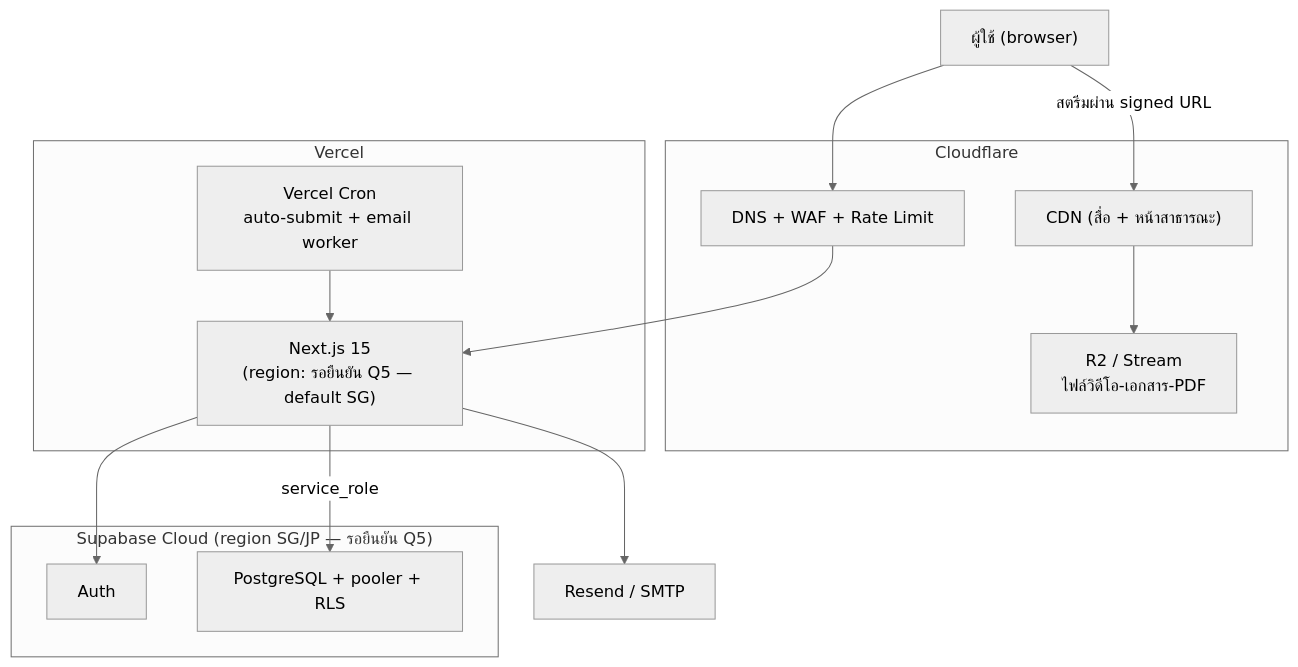
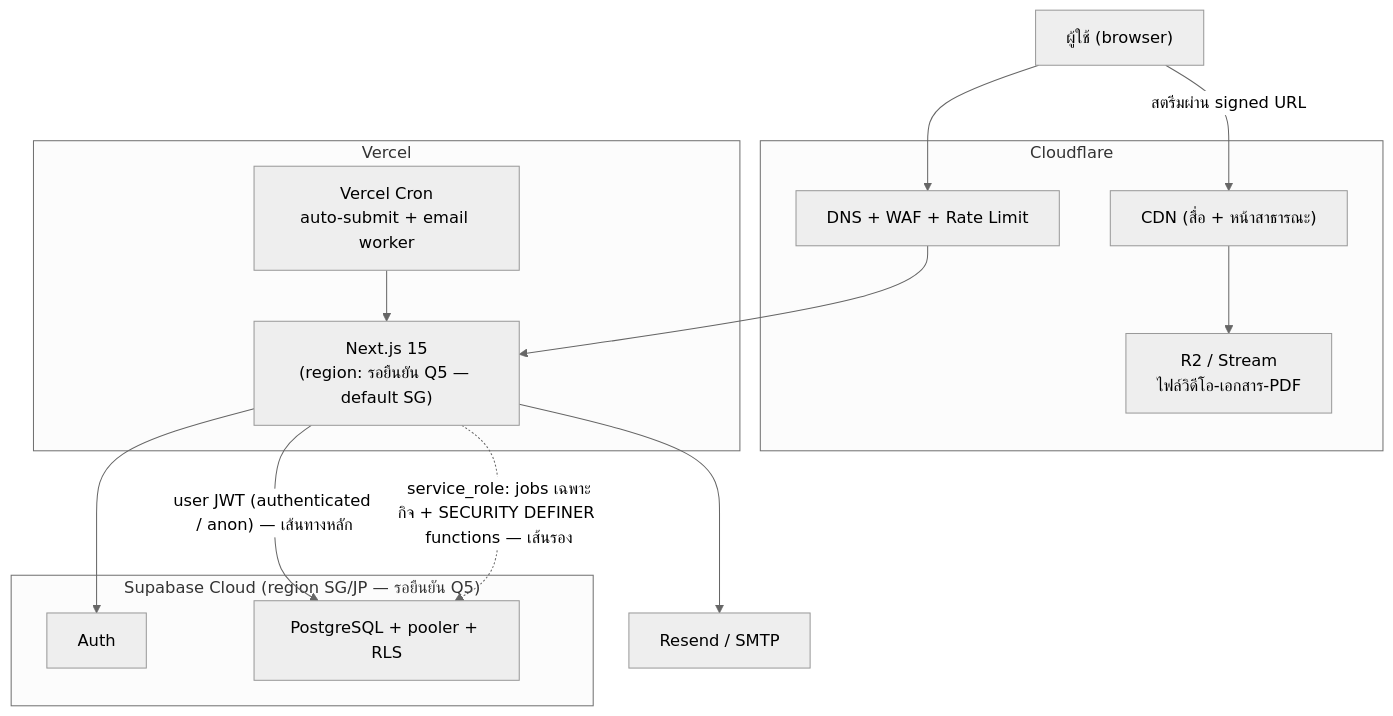
One commit to narongsak-sukma/E-Leaning-LTC changed the fifth of 10 diagrams in docs/03-design/ARCHITECTURE.md. Above: the diagram before and after it, drawn with Mermaid (neutral theme). The commit also changed other lines of this file and 6 other files, not shown here.

````diff
--- a/docs/03-design/ARCHITECTURE.md
+++ b/docs/03-design/ARCHITECTURE.md
@@ -145,26 +146,27 @@
 ```mermaid
 flowchart TB
     B["ผู้ใช้ (browser)"]
     subgraph CFJ["Cloudflare"]
         DNS["DNS + WAF + Rate Limit"]
         CDN["CDN (สื่อ + หน้าสาธารณะ)"]
         R2["R2 / Stream<br/>ไฟล์วิดีโอ-เอกสาร-PDF"]
     end
     subgraph VC["Vercel"]
         NX["Next.js 15<br/>(region: รอยืนยัน Q5 — default SG)"]
         CRONP["Vercel Cron<br/>auto-submit + email worker"]
     end
     subgraph SBC["Supabase Cloud (region SG/JP — รอยืนยัน Q5)"]
         AUTHC["Auth"]
         PGC["PostgreSQL + pooler + RLS"]
     end
     RESEND["Resend / SMTP"]
     B --> DNS
     DNS --> NX
     B -->|"สตรีมผ่าน signed URL"| CDN
     CDN --> R2
-    NX -->|"service_role"| PGC
+    NX -->|"user JWT (authenticated / anon) — เส้นทางหลัก"| PGC
+    NX -.->|"service_role: jobs เฉพาะกิจ + SECURITY DEFINER functions — เส้นรอง"| PGC
     NX --> AUTHC
     NX --> RESEND
     CRONP --> NX
 ```
````
